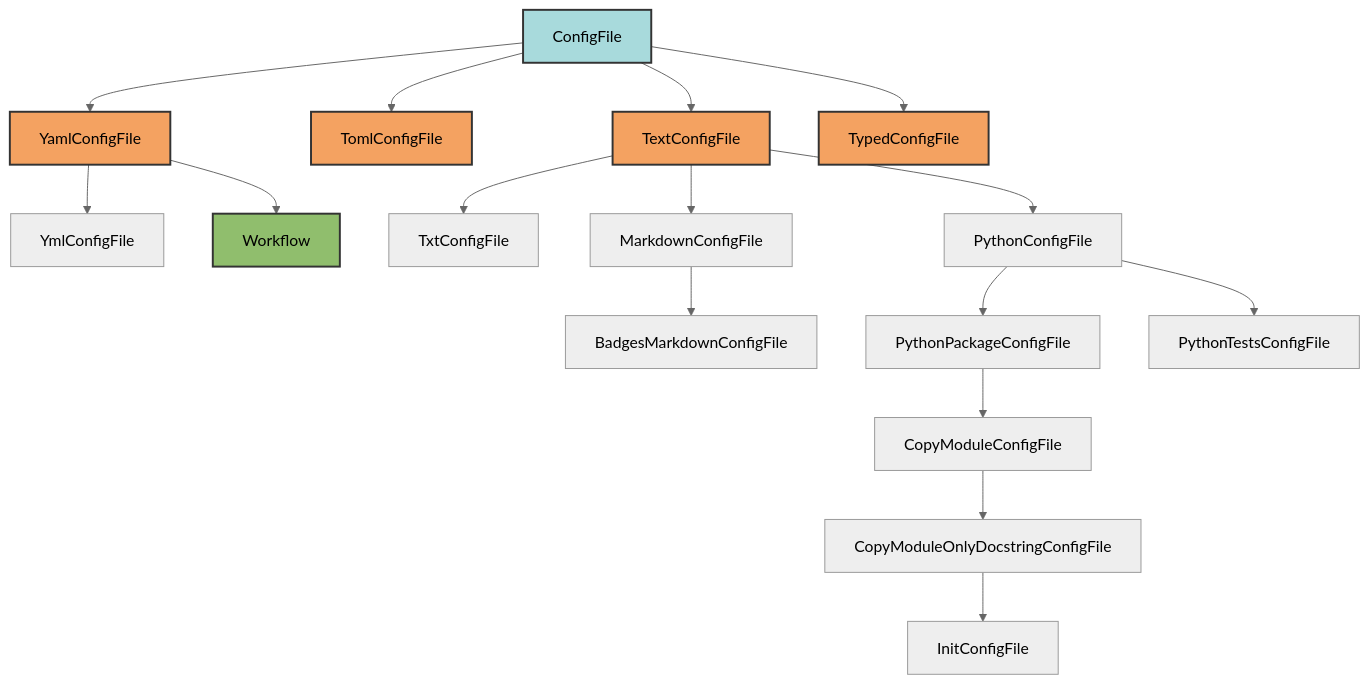
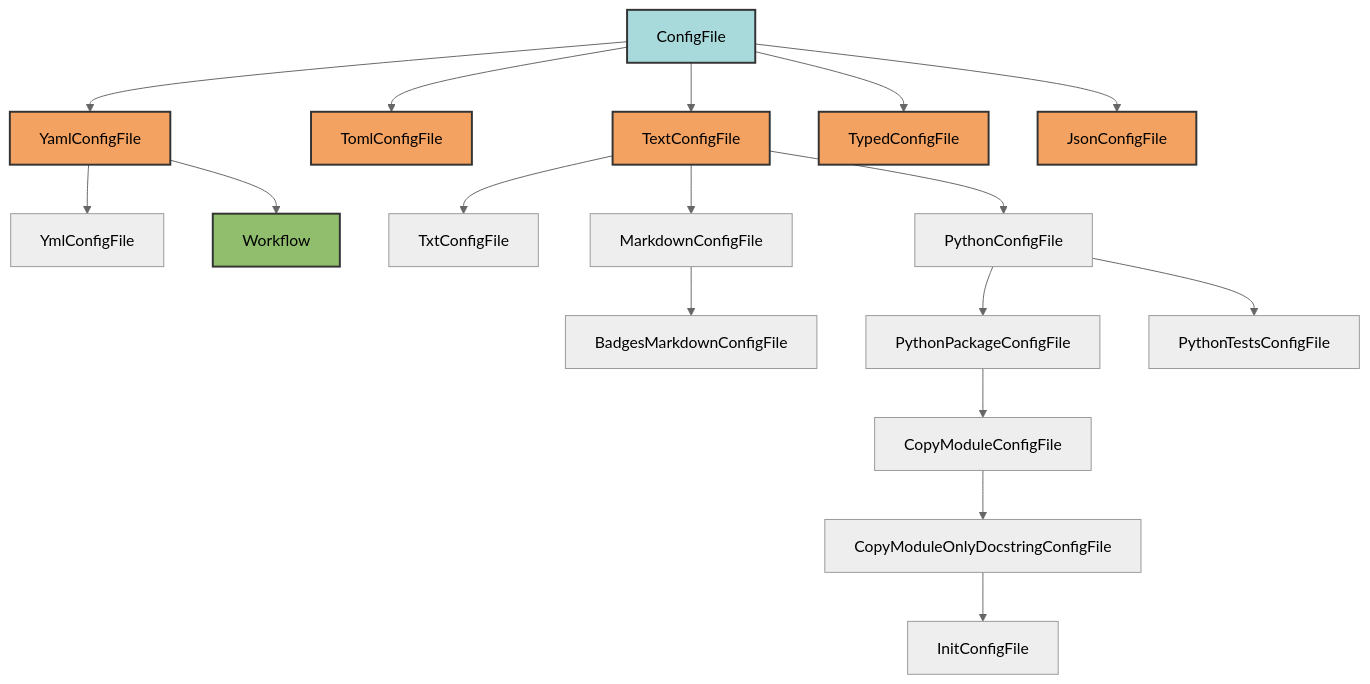
One commit to Winipedia/pyrig changed the first of 3 diagrams in docs/configs/architecture.md. Above: the diagram before and after it, drawn with Mermaid (neutral theme). The commit also changed other lines of this file and 48 other files, not shown here.

````diff
--- a/docs/configs/architecture.md
+++ b/docs/configs/architecture.md
@@ -11,30 +11,32 @@
 ```mermaid
 graph TD
     A[ConfigFile] --> B[YamlConfigFile]
     A --> C[TomlConfigFile]
     A --> D[TextConfigFile]
     A --> E[TypedConfigFile]
+    A --> F[JsonConfigFile]
 
     B --> B1[YmlConfigFile]
     B --> B2[Workflow]
-    
+
     D --> D1[TxtConfigFile]
     D --> D2[MarkdownConfigFile]
     D --> D3[PythonConfigFile]
 
     D2 --> D2A[BadgesMarkdownConfigFile]
 
     D3 --> D3A[PythonPackageConfigFile]
     D3 --> D3B[PythonTestsConfigFile]
 
     D3A --> D3A1[CopyModuleConfigFile]
     D3A1 --> D3A1A[CopyModuleOnlyDocstringConfigFile]
     D3A1A --> D3A1A1[InitConfigFile]
 
     style A fill:#a8dadc,stroke:#333,stroke-width:2px,color:#000
     style B fill:#f4a261,stroke:#333,stroke-width:2px,color:#000
     style C fill:#f4a261,stroke:#333,stroke-width:2px,color:#000
     style D fill:#f4a261,stroke:#333,stroke-width:2px,color:#000
     style E fill:#f4a261,stroke:#333,stroke-width:2px,color:#000
+    style F fill:#f4a261,stroke:#333,stroke-width:2px,color:#000
     style B2 fill:#90be6d,stroke:#333,stroke-width:2px,color:#000
 ```
````
